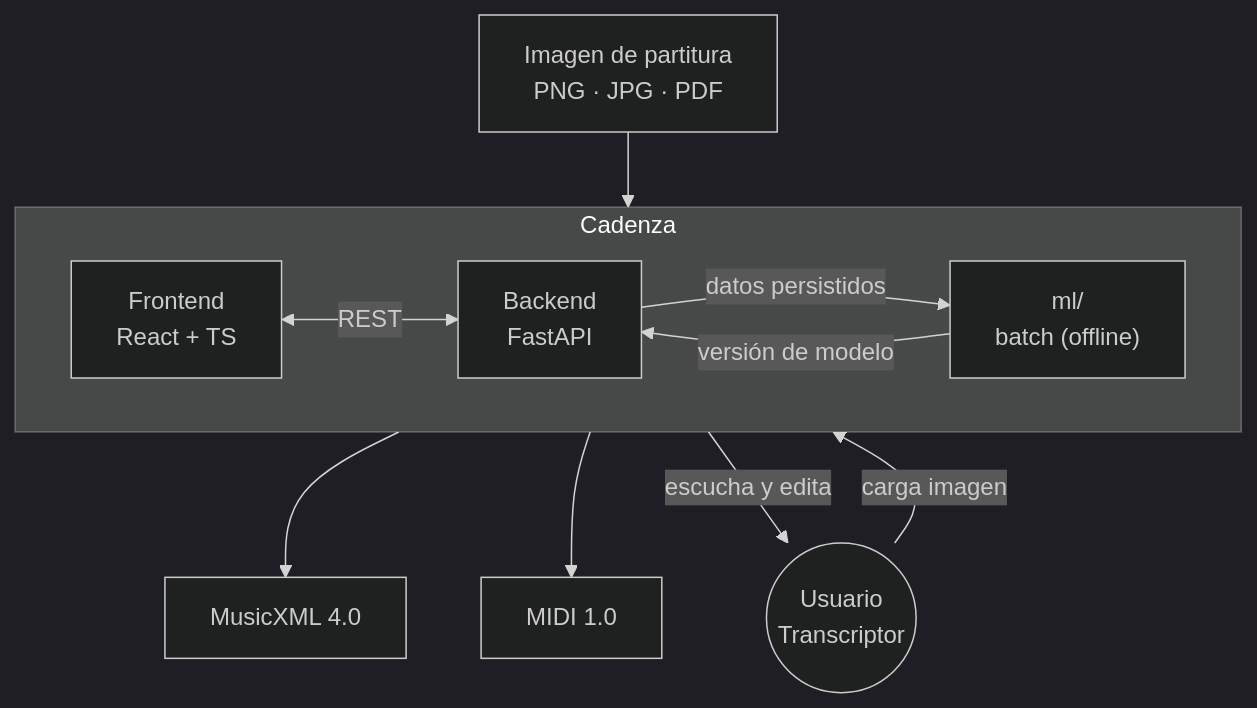
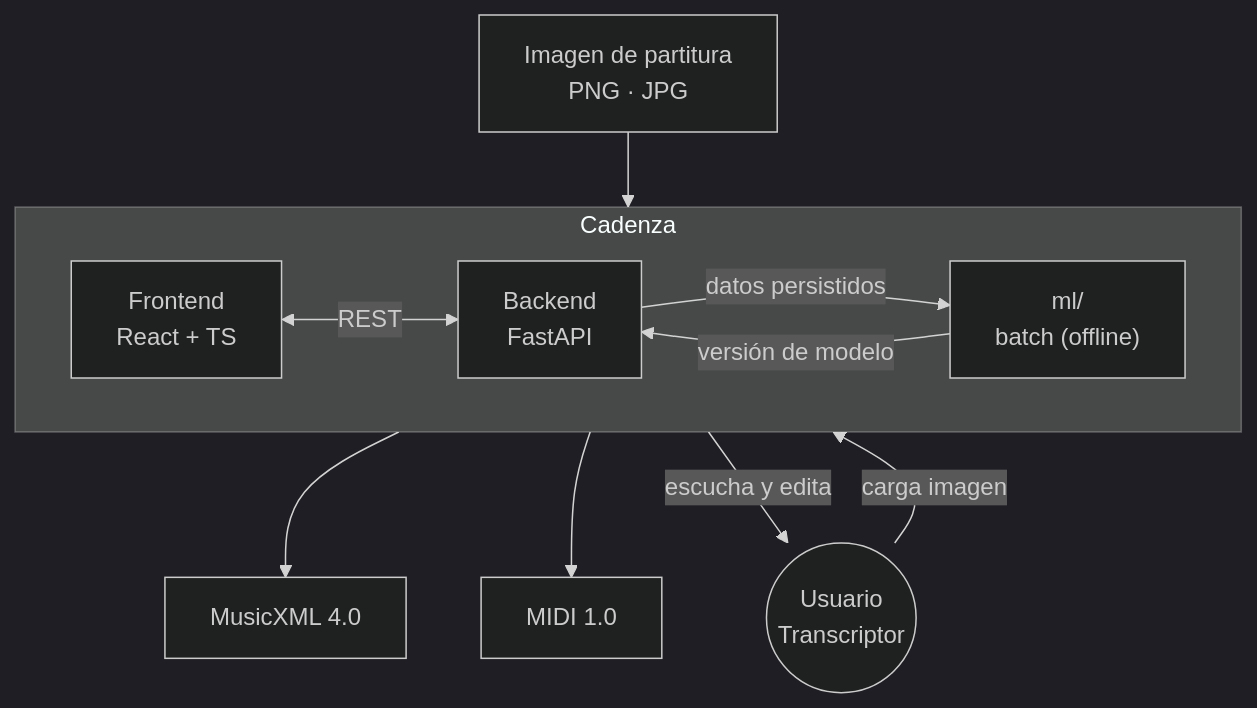
The second of 10 diagrams in docs/ARCHITECTURE.md (sebdavid3/Cadenza), drawn with Mermaid (dark theme) before and after one commit. The commit also changed other lines of this file and 8 other files, not shown here.

First line of the commit message:
docs(architecture): registrar las decisiones de entrada, autenticación y anclas

````diff
--- a/docs/ARCHITECTURE.md
+++ b/docs/ARCHITECTURE.md
@@ -140,23 +147,23 @@
 ```mermaid
 flowchart TB
     subgraph Cadenza["Cadenza"]
         direction LR
         FE["Frontend<br/>React + TS"]
         BE["Backend<br/>FastAPI"]
         ML["ml/<br/>batch (offline)"]
     end
 
     U(("Usuario<br/>Transcriptor"))
-    IMG["Imagen de partitura<br/>PNG · JPG · PDF"]
+    IMG["Imagen de partitura<br/>PNG · JPG"]
     XML["MusicXML 4.0"]
     MIDI["MIDI 1.0"]
 
     U -->|"carga imagen"| FE
     IMG --> FE
     FE <-->|"REST"| BE
     BE -->|"datos persistidos"| ML
     ML -->|"versión de modelo"| BE
     BE --> XML
     BE --> MIDI
     FE -->|"escucha y edita"| U
 ```
````
